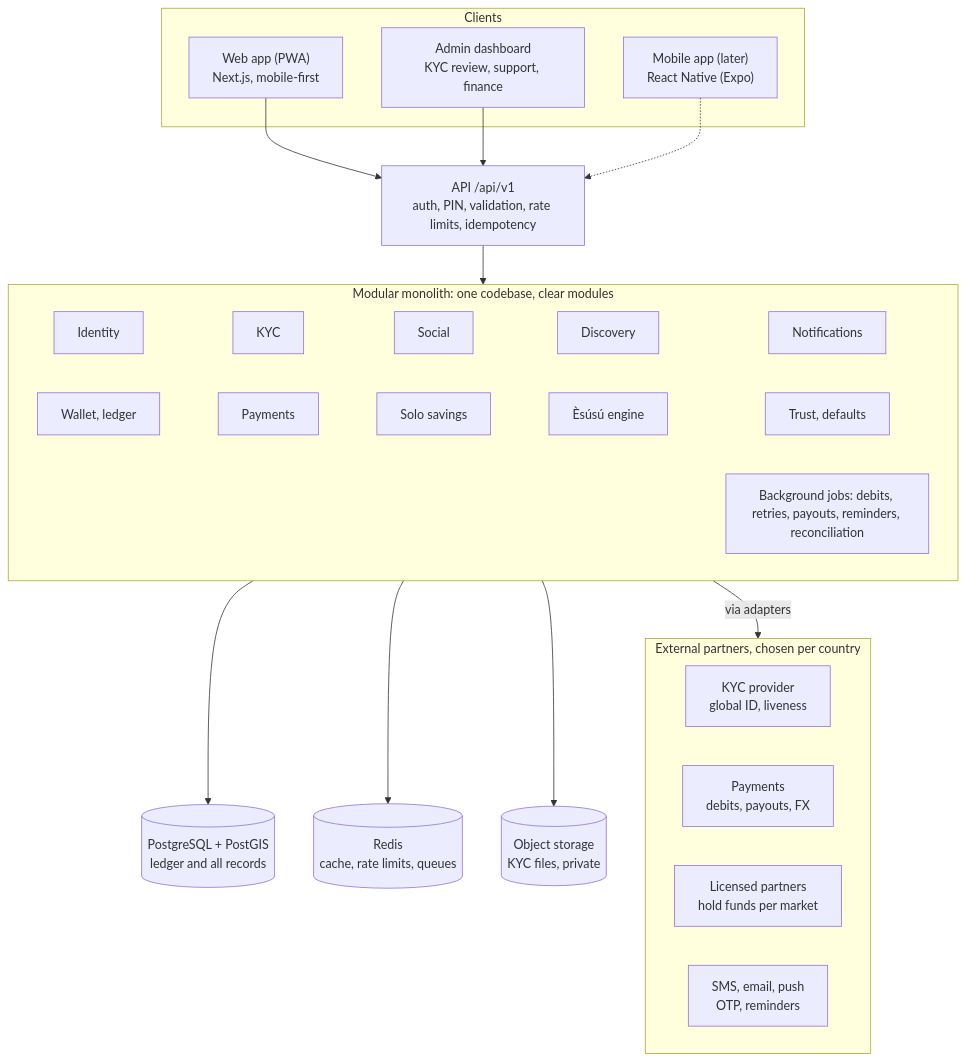
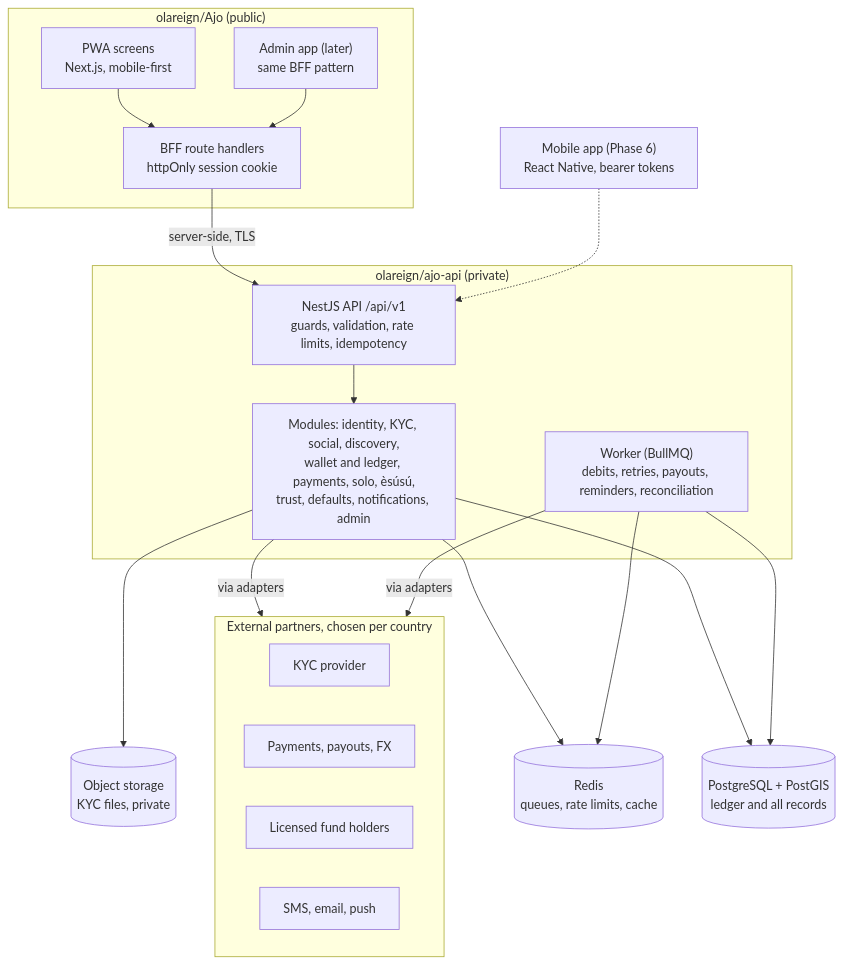
One commit to olareign/Ajo changed the diagram in docs/solution-architecture.md. Above: the diagram before and after it, drawn with Mermaid. The commit also changed other lines of this file and 6 other files, not shown here.

First line of the commit message:
Update docs for the NestJS backend and security-first delivery

````diff
--- a/docs/solution-architecture.md
+++ b/docs/solution-architecture.md
@@ -9,31 +9,35 @@
 ```mermaid
 flowchart TD
-  subgraph Clients
-    PWA["Web app (PWA)<br/>Next.js, mobile-first"]
-    ADM["Admin dashboard<br/>KYC review, support, finance"]
-    MOB["Mobile app (later)<br/>React Native (Expo)"]
+  subgraph Web["olareign/Ajo (public)"]
+    PWA["PWA screens<br/>Next.js, mobile-first"]
+    BFF["BFF route handlers<br/>httpOnly session cookie"]
+    ADM["Admin app (later)<br/>same BFF pattern"]
   end
-  API["API /api/v1<br/>auth, PIN, validation, rate limits, idempotency"]
-  subgraph Monolith["Modular monolith: one codebase, clear modules"]
-    M1[Identity] ~~~ M2[KYC] ~~~ M3[Social] ~~~ M4[Discovery] ~~~ M5[Notifications]
-    M6["Wallet, ledger"] ~~~ M7[Payments] ~~~ M8[Solo savings] ~~~ M9["Èsúsú engine"] ~~~ M10["Trust, defaults"]
-    JOBS["Background jobs: debits, retries, payouts, reminders, reconciliation"]
+  MOB["Mobile app (Phase 6)<br/>React Native, bearer tokens"]
+  subgraph Api["olareign/ajo-api (private)"]
+    GW["NestJS API /api/v1<br/>guards, validation, rate limits, idempotency"]
+    MODS["Modules: identity, KYC, social, discovery,<br/>wallet and ledger, payments, solo, èsúsú,<br/>trust, defaults, notifications, admin"]
+    WRK["Worker (BullMQ)<br/>debits, retries, payouts, reminders, reconciliation"]
   end
   PG[("PostgreSQL + PostGIS<br/>ledger and all records")]
-  RD[("Redis<br/>cache, rate limits, queues")]
+  RD[("Redis<br/>queues, rate limits, cache")]
   S3[("Object storage<br/>KYC files, private")]
   subgraph Partners["External partners, chosen per country"]
-    P1["KYC provider<br/>global ID, liveness"]
-    P2["Payments<br/>debits, payouts, FX"]
-    P3["Licensed partners<br/>hold funds per market"]
-    P4["SMS, email, push<br/>OTP, reminders"]
+    P1["KYC provider"]
+    P2["Payments, payouts, FX"]
+    P3["Licensed fund holders"]
+    P4["SMS, email, push"]
   end
-  PWA --> API
-  ADM --> API
-  MOB -.-> API
-  API --> Monolith
-  Monolith --> PG
-  Monolith --> RD
-  Monolith --> S3
-  Monolith -- via adapters --> Partners
+  PWA --> BFF
+  ADM --> BFF
+  BFF -- "server-side, TLS" --> GW
+  MOB -.-> GW
+  GW --> MODS
+  MODS --> PG
+  MODS --> RD
+  WRK --> PG
+  WRK --> RD
+  MODS --> S3
+  MODS -- via adapters --> Partners
+  WRK -- via adapters --> Partners
 ```
````
